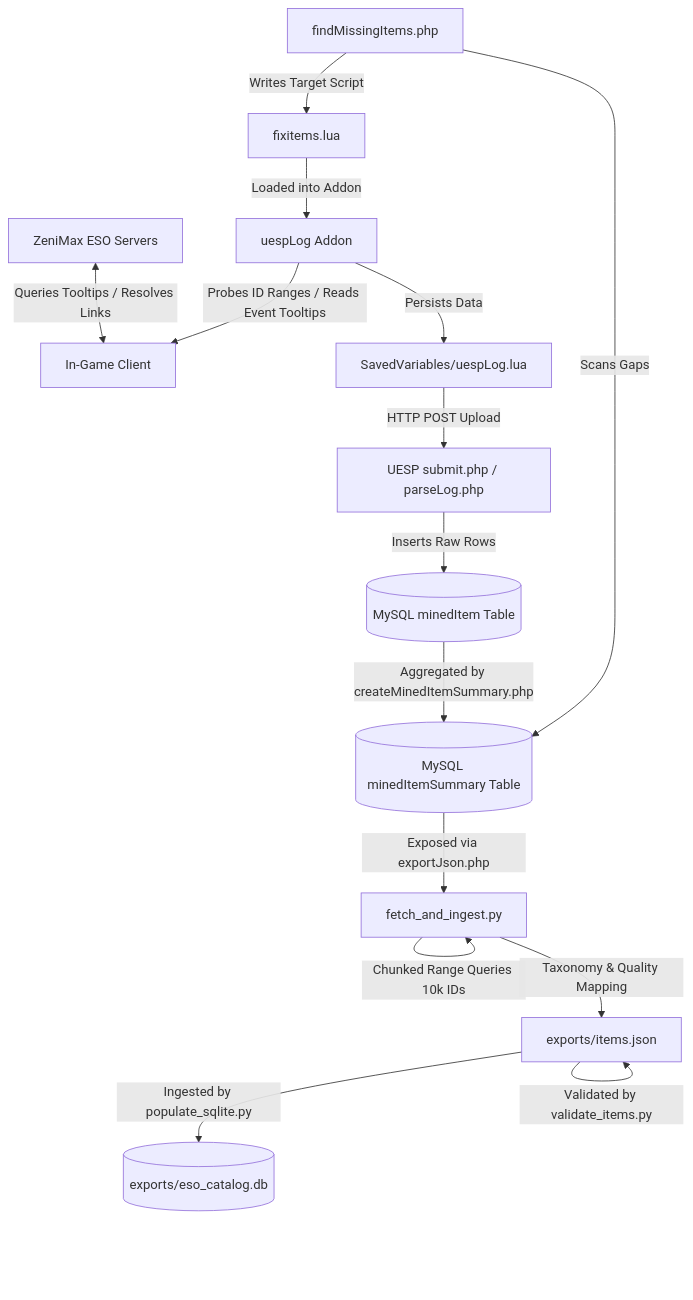
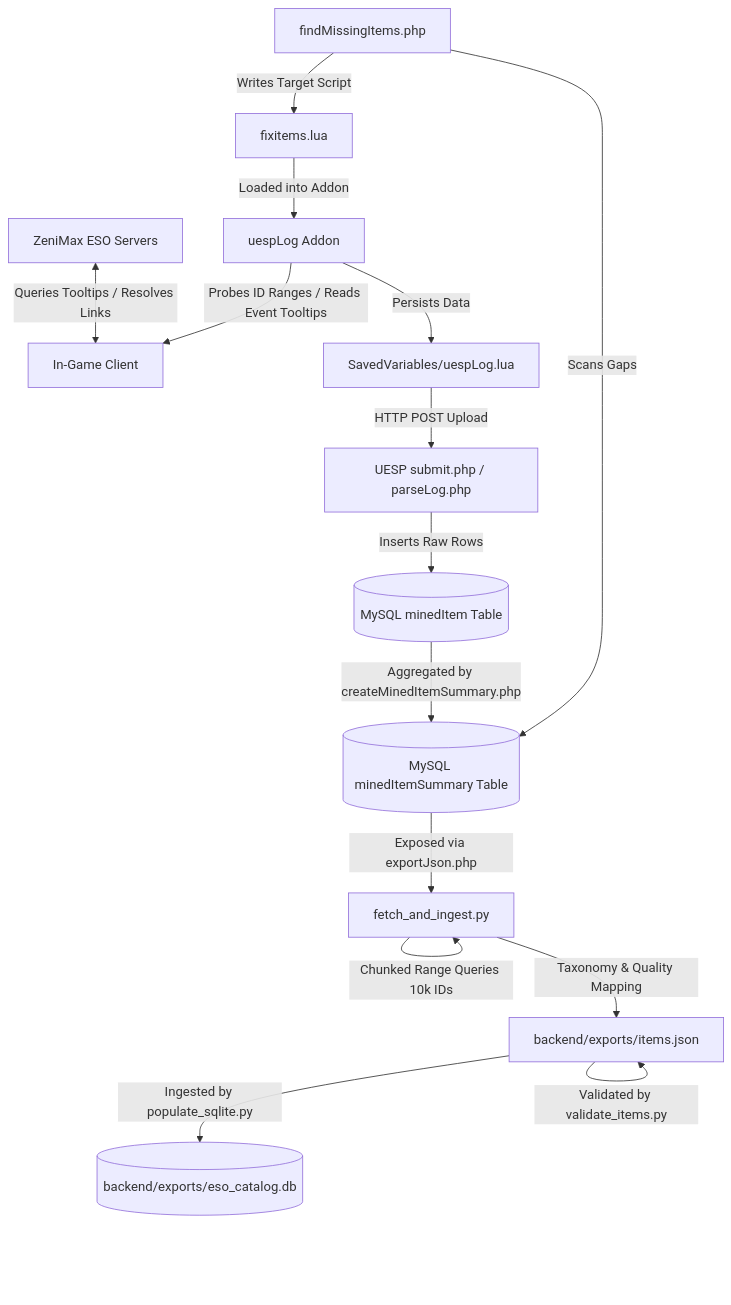
One commit to Tamriel-Toolkit/ESO-Trade-Project changed the diagram in docs/DataAcquisitionReport.md. Above: the diagram before and after it, drawn with Mermaid. The commit also changed other lines of this file and 27 other files, not shown here.

````diff
--- a/docs/DataAcquisitionReport.md
+++ b/docs/DataAcquisitionReport.md
@@ -21,22 +21,22 @@
 ```mermaid
 flowchart TD
     %% Game Client Level
     A[ZeniMax ESO Servers] <-->|Queries Tooltips / Resolves Links| B[In-Game Client]
     C[uespLog Addon] -->|Probes ID Ranges / Reads Event Tooltips| B
     C -->|Persists Data| D[SavedVariables/uespLog.lua]
     
     %% UESP Server Level
     D -->|HTTP POST Upload| E[UESP submit.php / parseLog.php]
     E -->|Inserts Raw Rows| F[(MySQL minedItem Table)]
     F -->|Aggregated by createMinedItemSummary.php| G[(MySQL minedItemSummary Table)]
     I[findMissingItems.php] -->|Scans Gaps| G
     I -->|Writes Target Script| H[fixitems.lua]
     H -->|Loaded into Addon| C
     
     %% Our Local Pipeline Level
     G -->|Exposed via exportJson.php| J[fetch_and_ingest.py]
     J -->|Chunked Range Queries 10k IDs| J
-    J -->|Taxonomy & Quality Mapping| K[exports/items.json]
+    J -->|Taxonomy & Quality Mapping| K[backend/exports/items.json]
     K -->|Validated by validate_items.py| K
-    K -->|Ingested by populate_sqlite.py| L[(exports/eso_catalog.db)]
+    K -->|Ingested by populate_sqlite.py| L[(backend/exports/eso_catalog.db)]
 ```
````
